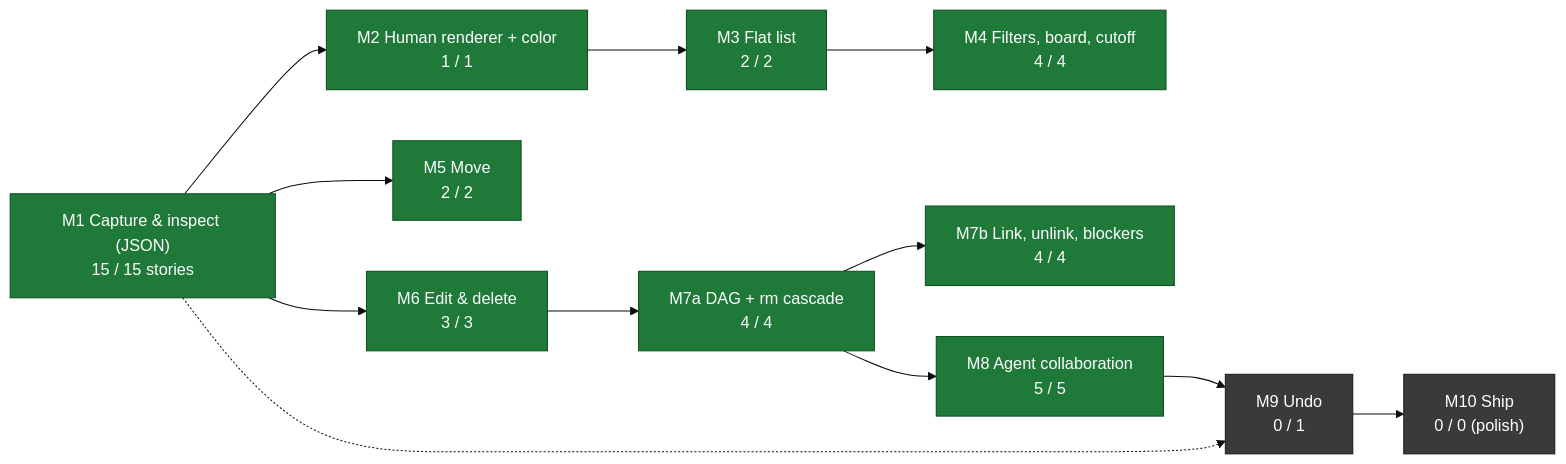
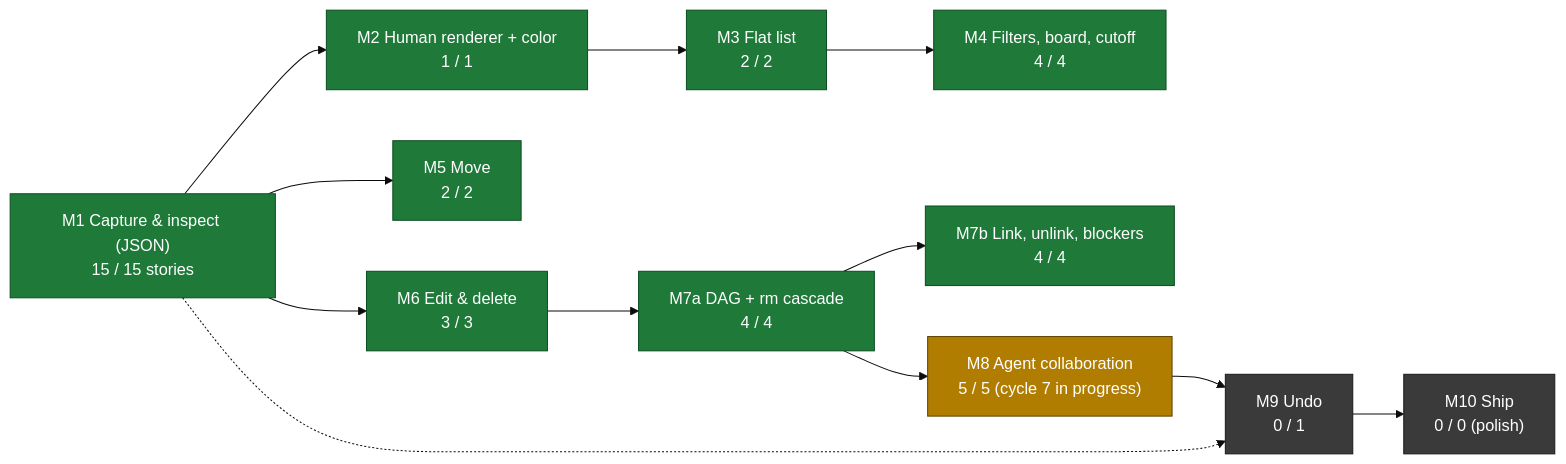
Before and after one commit to andreiRS/tasks: the diagram in MILESTONES.md, drawn with Mermaid (base theme). The commit also changed other lines of this file, not shown here.

Commit message:
docs: mark M8 as in-progress (cycle 7 renderer glyphs + show header)

````diff
--- a/MILESTONES.md
+++ b/MILESTONES.md
@@ -7,24 +7,24 @@
 ```mermaid
 flowchart LR
     M1["M1 Capture &amp; inspect (JSON)<br/>15 / 15 stories"]:::done
     M2["M2 Human renderer + color<br/>1 / 1"]:::done
     M3["M3 Flat list<br/>2 / 2"]:::done
     M4["M4 Filters, board, cutoff<br/>4 / 4"]:::done
     M5["M5 Move<br/>2 / 2"]:::done
     M6["M6 Edit &amp; delete<br/>3 / 3"]:::done
     M7a["M7a DAG + rm cascade<br/>4 / 4"]:::done
     M7b["M7b Link, unlink, blockers<br/>4 / 4"]:::done
-    M8["M8 Agent collaboration<br/>5 / 5"]:::done
+    M8["M8 Agent collaboration<br/>5 / 5 (cycle 7 in progress)"]:::wip
     M9["M9 Undo<br/>0 / 1"]:::todo
     M10["M10 Ship<br/>0 / 0 (polish)"]:::todo
 
     M1 --> M2 --> M3 --> M4
     M1 --> M5
     M1 --> M6 --> M7a --> M7b
     M7a --> M8 --> M9 --> M10
     M1 -.-> M9
 
     classDef done fill:#1f7a3a,stroke:#0d4d22,color:#fff;
     classDef wip fill:#b07d00,stroke:#5e4300,color:#fff;
     classDef todo fill:#3a3a3a,stroke:#1a1a1a,color:#fff;
 ```
````
